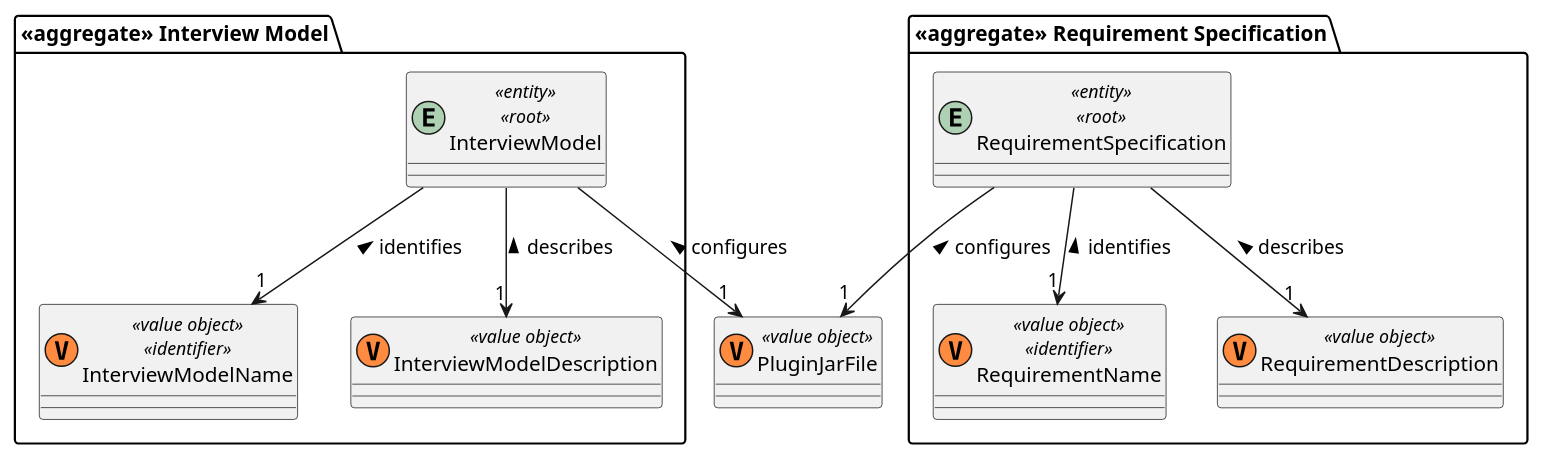
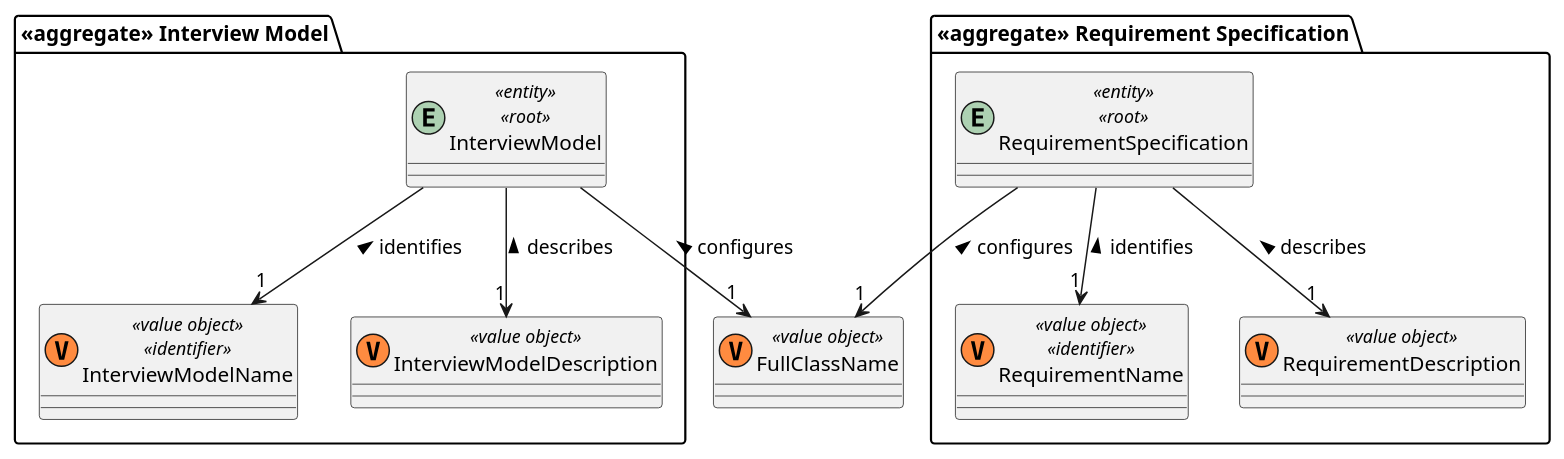
The diagram in docs/sb_us_1008/Helpful-Domain-Model-Excerpt.puml (rita-barbosa/LAPR4-2324), drawn with PlantUML before and after one commit. The commit also changed 5 other files, not shown here.

```diff
--- a/docs/sb_us_1008/Helpful-Domain-Model-Excerpt.puml
+++ b/docs/sb_us_1008/Helpful-Domain-Model-Excerpt.puml
@@ -1,26 +1,26 @@
 @startuml
 'https://plantuml.com/class-diagram
 
-class PluginJarFile <<(V,#FF8B40) value object>> {}
+class FullClassName <<(V,#FF8B40) value object>> {}
 
 package "<<aggregate>> Interview Model" {
     entity InterviewModel <<entity>> <<root>>  {}
     class InterviewModelName <<(V,#FF8B40) value object>> <<identifier>> {}
     class InterviewModelDescription <<(V,#FF8B40) value object>> {}
 
 }
 package "<<aggregate>> Requirement Specification" {
     entity RequirementSpecification <<entity>> <<root>>  {}
     class RequirementName <<(V,#FF8B40) value object>> <<identifier>> {}
     class RequirementDescription <<(V,#FF8B40) value object>> {}
 }
 
 InterviewModel --> "1" InterviewModelName: identifies <
 InterviewModel --> "1" InterviewModelDescription: describes <
-InterviewModel --> "1" PluginJarFile: configures <
+InterviewModel --> "1" FullClassName: configures <
 '--
 RequirementSpecification --> "1" RequirementName: identifies <
 RequirementSpecification --> "1" RequirementDescription: describes <
-RequirementSpecification --> "1" PluginJarFile: configures <
+RequirementSpecification --> "1" FullClassName: configures <
 
 @enduml
```
